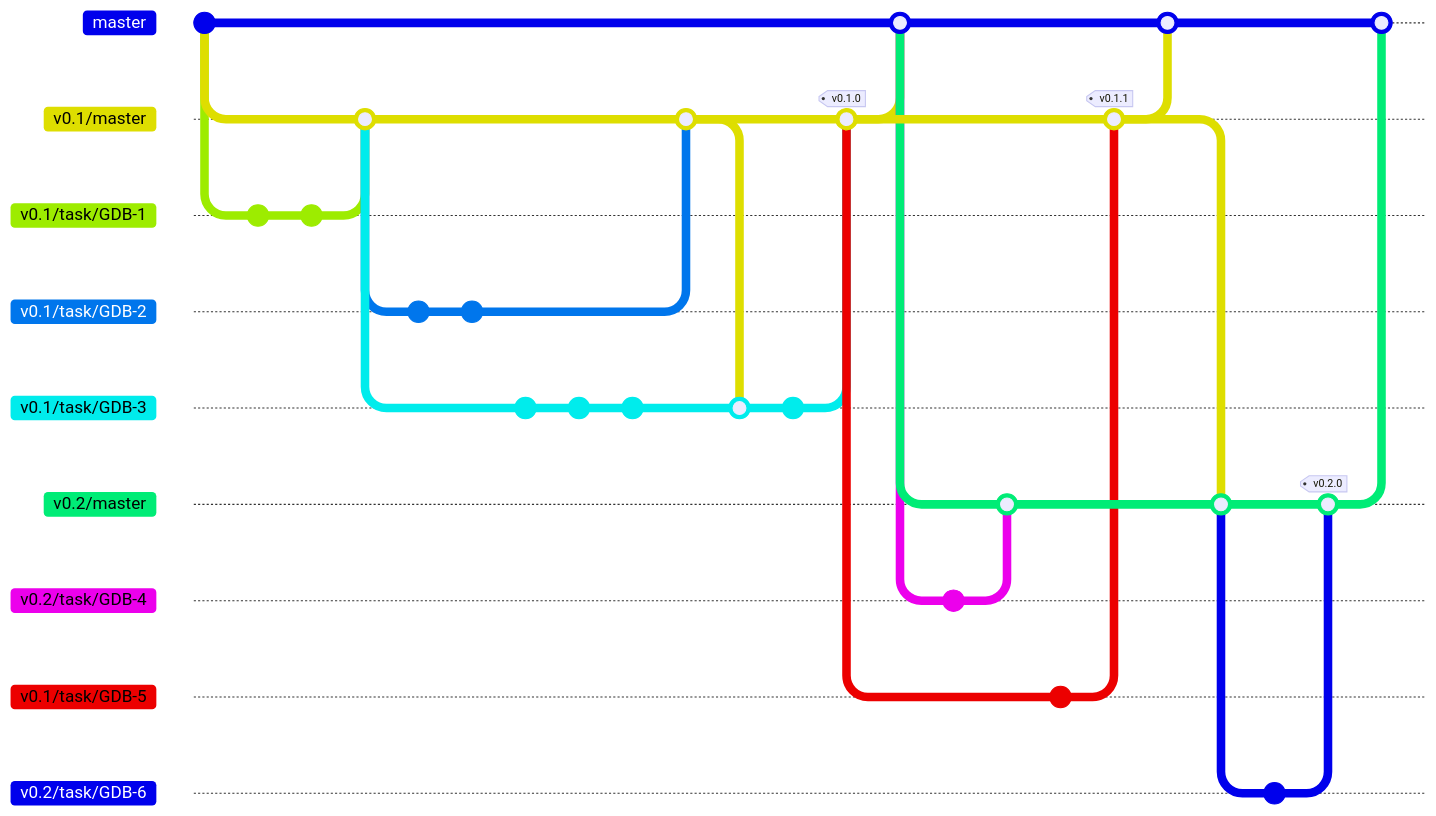
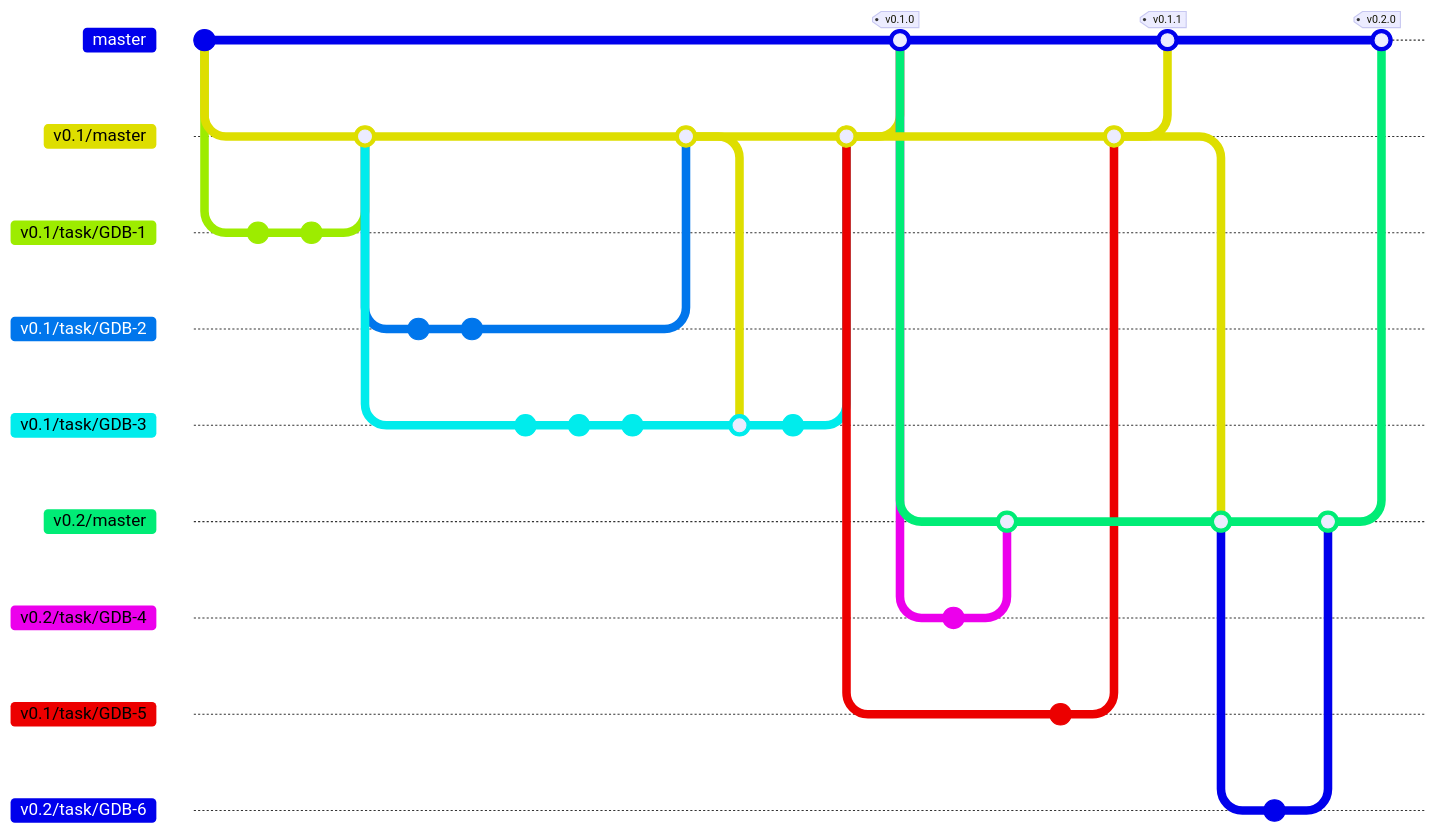
One commit to felipegodias/GameDB changed the diagram in Docs/GitWorkflow.md. Above: the diagram before and after it, drawn with Mermaid. Commit ids are hidden.

````diff
--- a/Docs/GitWorkflow.md
+++ b/Docs/GitWorkflow.md
@@ -3,48 +3,48 @@
 ```mermaid
 %%{init: { 'gitGraph': {'mainBranchName': 'master'}} }%%
     gitGraph
         commit
         branch v0.1/master
         branch v0.1/task/GDB-1
         commit
         commit
         checkout v0.1/master
         merge v0.1/task/GDB-1
         branch v0.1/task/GDB-2
         commit
         commit
         checkout v0.1/master
         branch v0.1/task/GDB-3
         commit
         commit
         commit
         checkout v0.1/master
         merge v0.1/task/GDB-2
         checkout v0.1/task/GDB-3
         merge v0.1/master
         commit
         checkout v0.1/master
-        merge v0.1/task/GDB-3 tag:"v0.1.0"
+        merge v0.1/task/GDB-3
         checkout master
-        merge v0.1/master
+        merge v0.1/master tag:"v0.1.0"
         branch v0.2/master
         branch v0.2/task/GDB-4
         commit
         checkout v0.2/master
         merge v0.2/task/GDB-4
         checkout v0.1/master
         branch v0.1/task/GDB-5
         commit
         checkout v0.1/master
-        merge v0.1/task/GDB-5 tag:"v0.1.1"
+        merge v0.1/task/GDB-5
         checkout master
-        merge v0.1/master
+        merge v0.1/master tag:"v0.1.1"
         checkout v0.2/master
         merge v0.1/master
         branch v0.2/task/GDB-6
         commit
         checkout v0.2/master
-        merge v0.2/task/GDB-6 tag:"v0.2.0"
+        merge v0.2/task/GDB-6
         checkout master
-        merge v0.2/master
+        merge v0.2/master tag:"v0.2.0"
 ```
````
